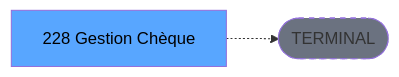
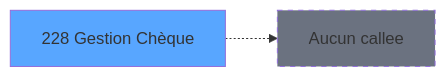
One commit to thonyAGP/magic-migration changed the third of 3 diagrams in .openspec/specs/ADH-IDE-228.md. Above: the diagram before and after it, drawn with Mermaid. The commit also changed other lines of this file and 493 other files, not shown here.

````diff
--- a/.openspec/specs/ADH-IDE-228.md
+++ b/.openspec/specs/ADH-IDE-228.md
@@ -138,8 +126,8 @@
 ```mermaid
 graph LR
-    T[228 Gestion Chèque]
-    TERM([TERMINAL])
-    T -.-> TERM
-    style TERM fill:#6b7280,stroke-dasharray: 5 5
-    style T fill:#58a6ff,color:#000
+    T228[228 Gestion Chèque]
+    style T228 fill:#58a6ff
+    NONE[Aucun callee]
+    T228 -.-> NONE
+    style NONE fill:#6b7280,stroke-dasharray: 5 5
 ```
````
